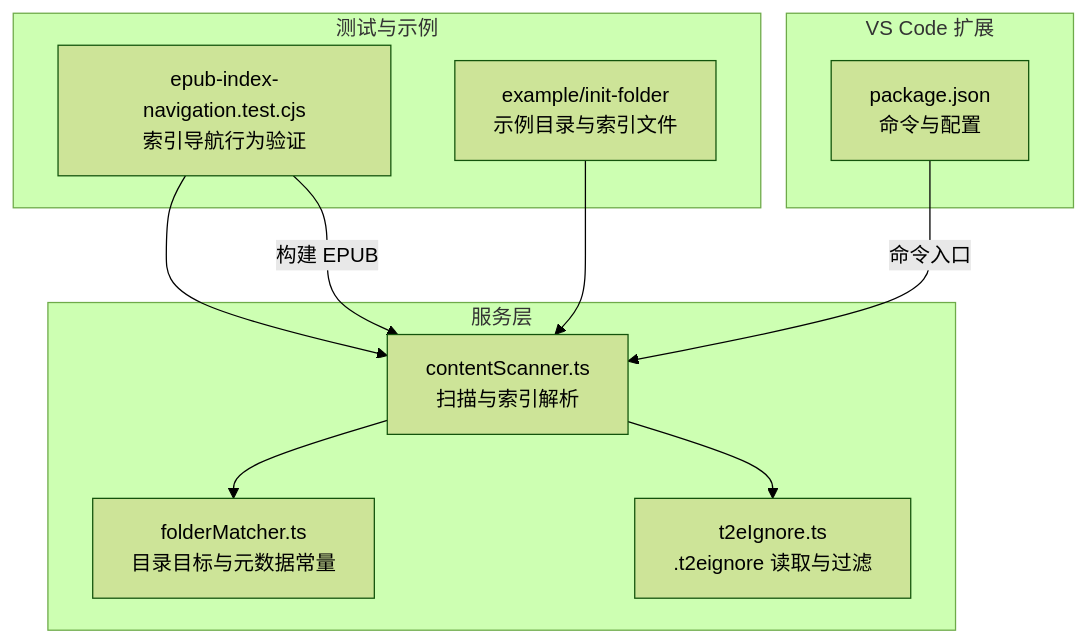
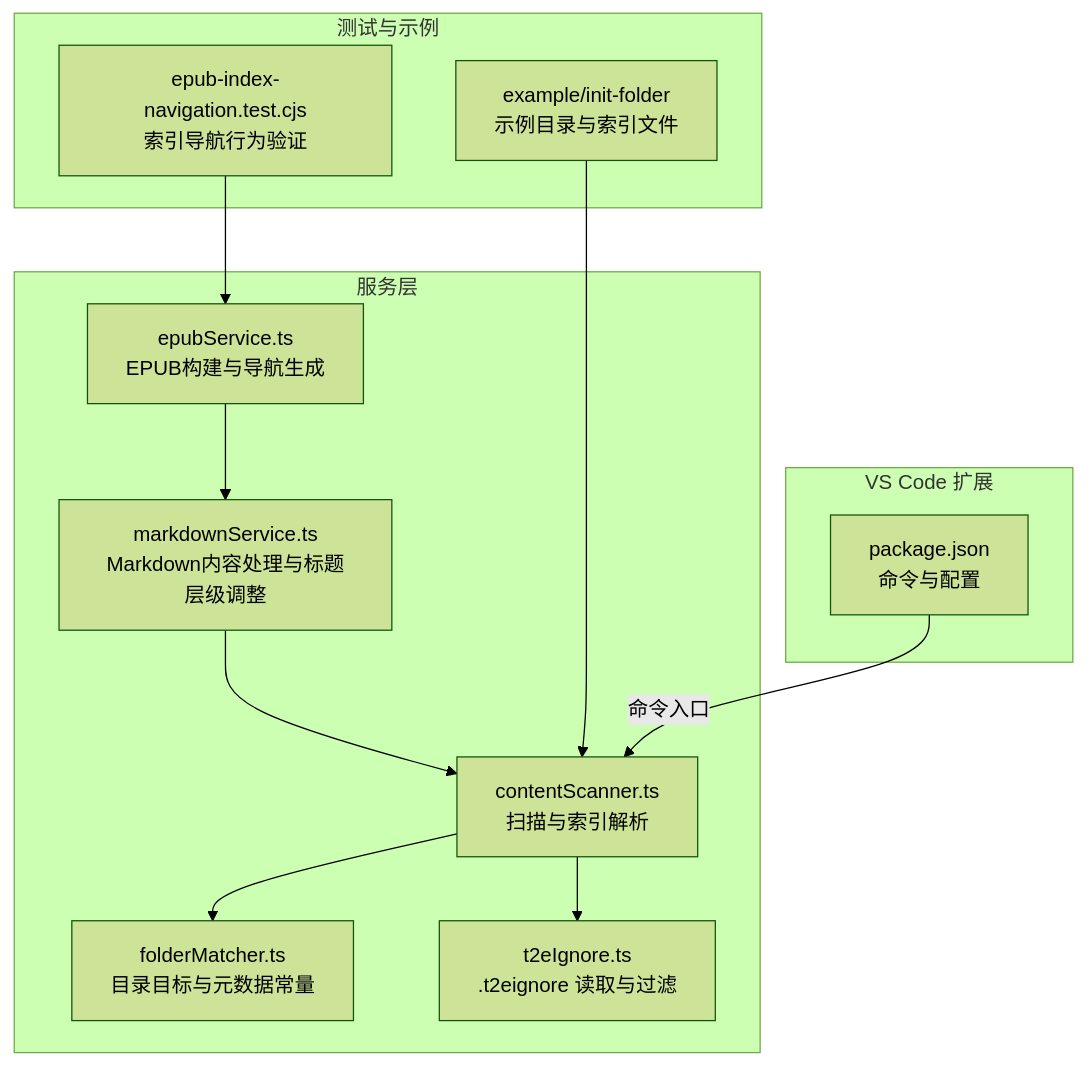
The first of 5 diagrams in .qoder/repowiki/zh/content/技术架构详解/内容扫描系统/索引文件处理.md (someok/vscode-folder2epub), drawn with Mermaid (forest theme) before and after one commit. The commit also changed other lines of this file and 5 other files, not shown here.

````diff
--- a/.qoder/repowiki/zh/content/技术架构详解/内容扫描系统/索引文件处理.md
+++ b/.qoder/repowiki/zh/content/技术架构详解/内容扫描系统/索引文件处理.md
@@ -49,21 +60,24 @@
 ```mermaid
 graph TB
 subgraph "服务层"
 CS["contentScanner.ts<br/>扫描与索引解析"]
 FM["folderMatcher.ts<br/>目录目标与元数据常量"]
 TI["t2eIgnore.ts<br/>.t2eignore 读取与过滤"]
+MS["markdownService.ts<br/>Markdown内容处理与标题层级调整"]
+ES["epubService.ts<br/>EPUB构建与导航生成"]
 end
 subgraph "测试与示例"
 TEST["epub-index-navigation.test.cjs<br/>索引导航行为验证"]
 EX["example/init-folder<br/>示例目录与索引文件"]
 end
 subgraph "VS Code 扩展"
 PKG["package.json<br/>命令与配置"]
 end
 CS --> TI
 CS --> FM
-TEST --> CS
-TEST --> |"构建 EPUB"| CS
+MS --> CS
+ES --> MS
+TEST --> ES
 EX --> CS
 PKG --> |"命令入口"| CS
 ```
````
